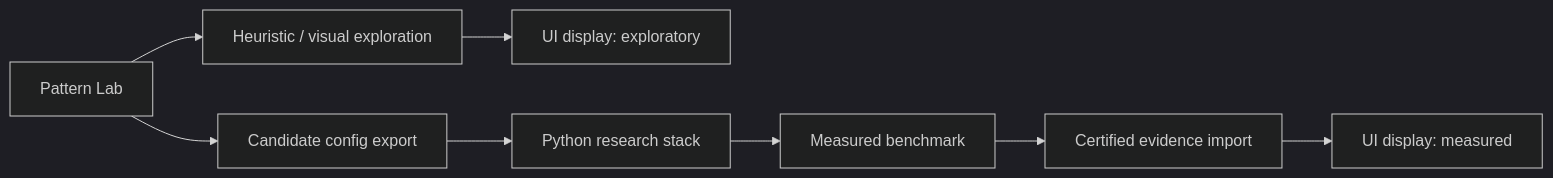
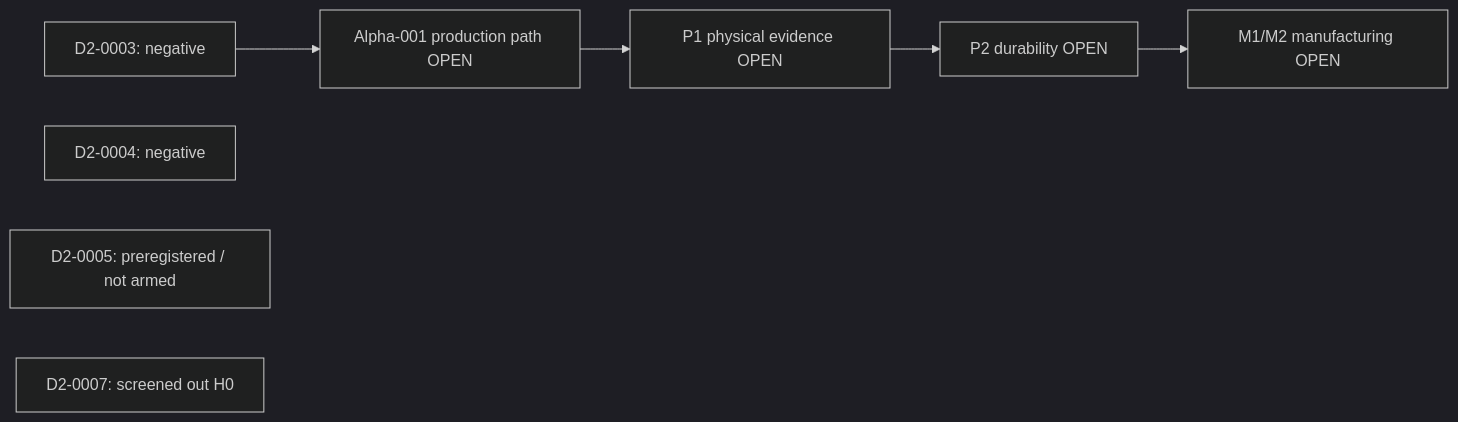
Diagram 13 of 13 in docs/DIAGRAMS.md (ninja-ops-guy/adversarial-clothing-pipeline), drawn with Mermaid (dark theme) before and after one commit. The commit also changed other lines of this file, not shown here.

Commit message:
docs: refresh RAC diagrams for current lineage and P1 path

````diff
--- a/docs/DIAGRAMS.md
+++ b/docs/DIAGRAMS.md
@@ -233,10 +270,10 @@
 ```mermaid
 flowchart LR
-    PL[Pattern Lab] --> H[Heuristic / visual exploration]
-    PL --> E[Candidate config export]
-    H --> UIH[UI display: exploratory]
-    E --> PY[Python research stack]
-    PY --> BM[Measured benchmark]
-    BM --> CE[Certified evidence import]
-    CE --> UIM[UI display: measured]
+    D3[D2-0003: negative] --> A1[Alpha-001 production path OPEN]
+    D4[D2-0004: negative]
+    D5[D2-0005: preregistered / not armed]
+    D7[D2-0007: screened out H0]
+    A1 --> P1[P1 physical evidence OPEN]
+    P1 --> P2[P2 durability OPEN]
+    P2 --> M[M1/M2 manufacturing OPEN]
 ```
````
